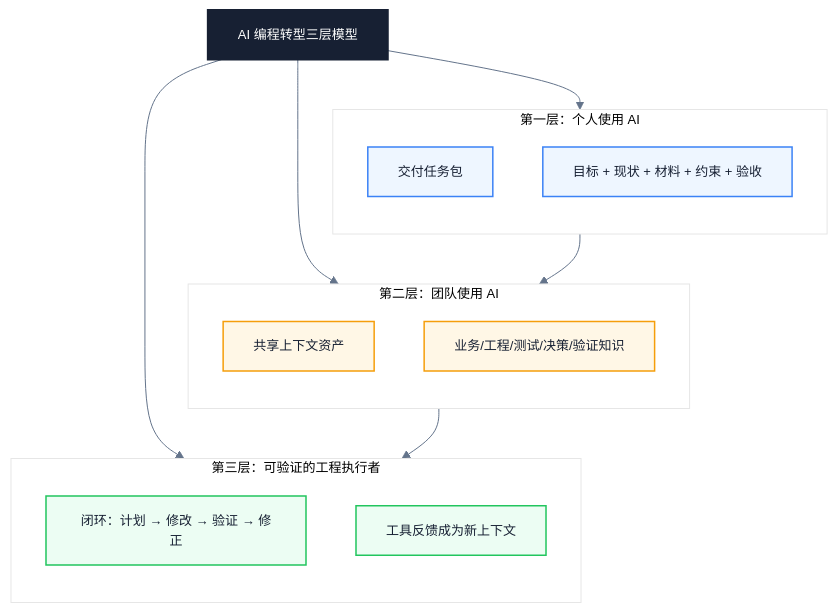
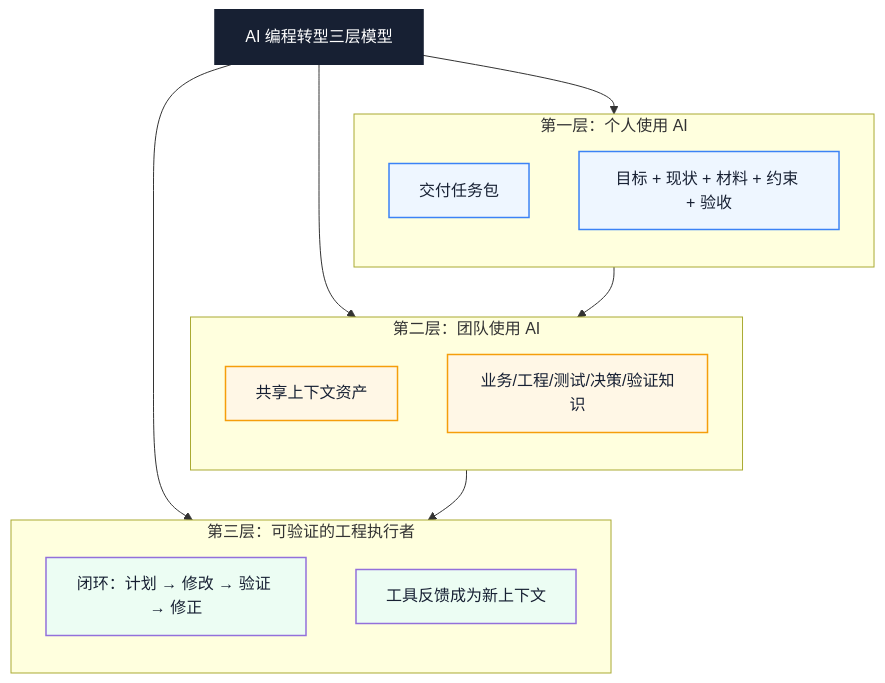
One commit to Fatejian/frontier-vault changed the second of 2 diagrams in docs/ai/understanding-context-in-ai-era.md. Above: the diagram before and after it, drawn with Mermaid. The commit also changed other lines of this file and 41 other files, not shown here.

````diff
--- a/docs/ai/understanding-context-in-ai-era.md
+++ b/docs/ai/understanding-context-in-ai-era.md
@@ -505,40 +461,39 @@
 ```mermaid
-%%{init: {'theme': 'base', 'themeVariables': { 'fontFamily': 'Inter, PingFang SC, Microsoft YaHei, sans-serif', 'primaryColor': '#F8FAFC', 'primaryTextColor': '#172033', 'primaryBorderColor': '#CBD5E1', 'lineColor': '#64748B', 'fontSize': '13px'}}}%%
 flowchart TB
     Core["AI 编程转型三层模型"]
 
     subgraph L1["第一层：个人使用 AI"]
         direction TB
         A1["交付任务包"]
         A2["目标 + 现状 + 材料 + 约束 + 验收"]
     end
 
     subgraph L2["第二层：团队使用 AI"]
         direction TB
         B1["共享上下文资产"]
         B2["业务/工程/测试/决策/验证知识"]
     end
 
     subgraph L3["第三层：可验证的工程执行者"]
         direction TB
         C1["闭环：计划 → 修改 → 验证 → 修正"]
         C2["工具反馈成为新上下文"]
     end
 
     Core --> L1
     Core --> L2
     Core --> L3
     L1 --> L2
     L2 --> L3
 
     classDef core fill:#172033,color:#fff,stroke:#172033,stroke-width:2px;
     classDef wait fill:#EEF6FF,stroke:#3B82F6,color:#172033,stroke-width:1.5px;
     classDef block fill:#FFF7E6,stroke:#F59E0B,color:#172033,stroke-width:1.5px;
-    classDef work fill:#ECFDF3,stroke:#22C55E,color:#172033,stroke-width:1.5px;
-    classDef metric fill:#F5E8FF,stroke:#A855F7,color:#172033,stroke-width:2px;
+    classDef work fill:#ECFDF3,color:#22C55E,color:#172033,stroke-width:1.5px;
+    classDef metric fill:#F5E8FF,color:#A855F7,color:#172033,stroke-width:2px;
 
     class Core core;
     class A1,A2 wait;
     class B1,B2 block;
     class C1,C2 work;
 ```
````
